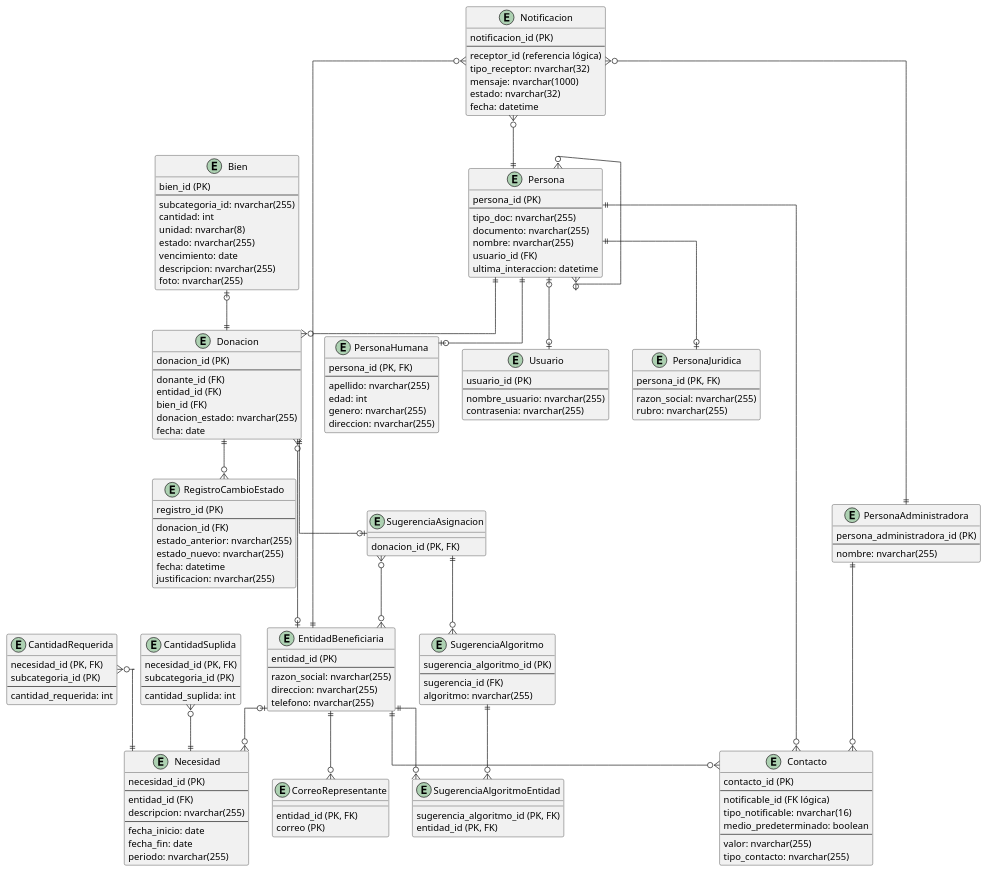
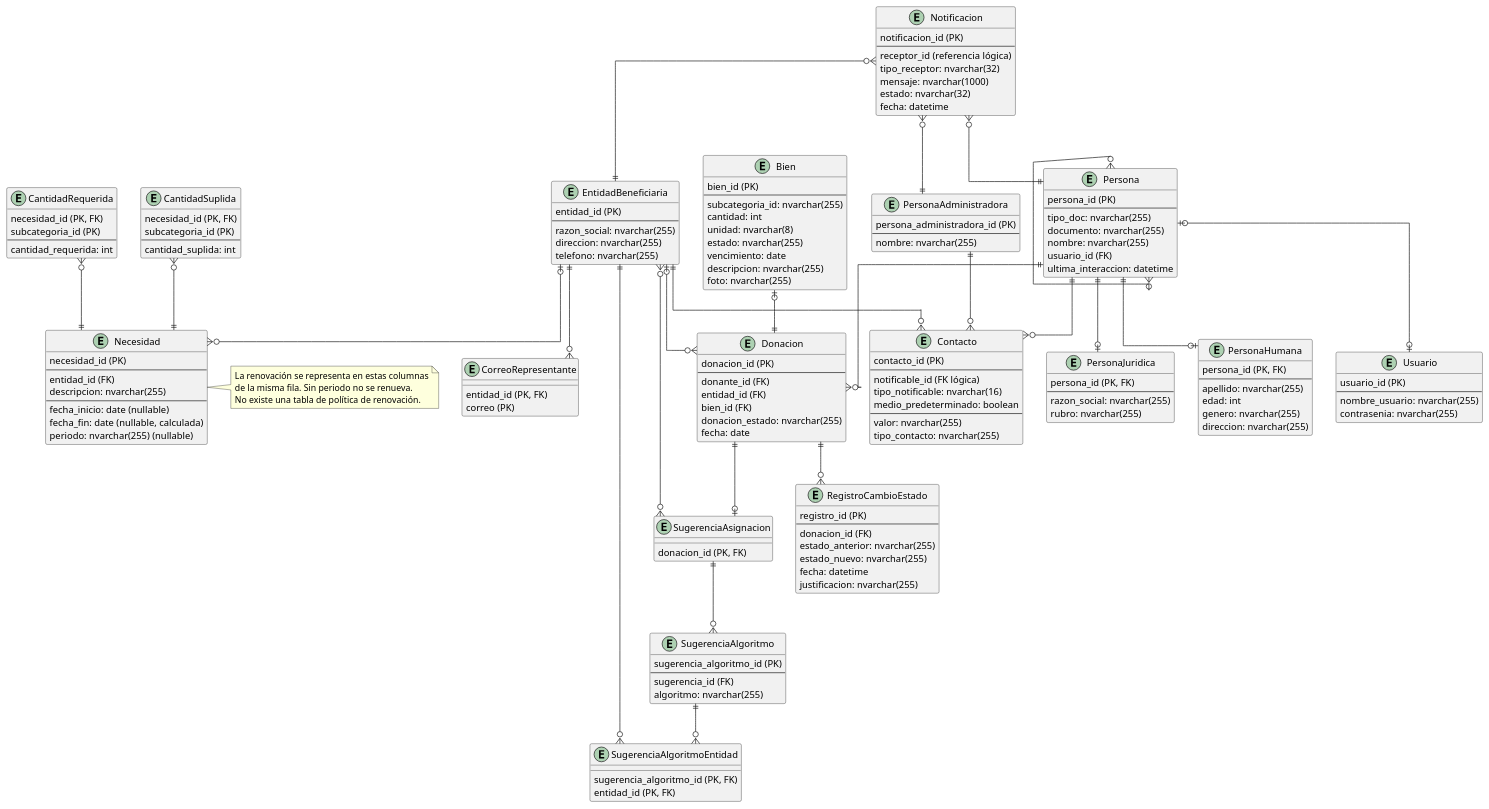
One commit to santiparis/dona-track changed the diagram in documentacion/entrega3/DER_donaciones.puml. Above: the diagram before and after it, drawn with PlantUML. The commit also changed 14 other files, not shown here.

```diff
--- a/documentacion/entrega3/DER_donaciones.puml
+++ b/documentacion/entrega3/DER_donaciones.puml
@@ -1,178 +1,184 @@
 @startuml
 skinparam linetype ortho
 
 entity Bien {
     bien_id (PK)
     ---
     subcategoria_id: nvarchar(255)
     cantidad: int
     unidad: nvarchar(8)
     estado: nvarchar(255)
     vencimiento: date
     descripcion: nvarchar(255)
     foto: nvarchar(255)
 }
 
 entity Necesidad {
     necesidad_id (PK)
     ---
     entidad_id (FK)
     descripcion: nvarchar(255)
     ---
-    fecha_inicio: date
-    fecha_fin: date
-    periodo: nvarchar(255)
+    fecha_inicio: date (nullable)
+    fecha_fin: date (nullable, calculada)
+    periodo: nvarchar(255) (nullable)
 }
+
+note right of Necesidad
+  La renovación se representa en estas columnas
+  de la misma fila. Sin periodo no se renueva.
+  No existe una tabla de política de renovación.
+end note
 
 entity CantidadRequerida {
     necesidad_id (PK, FK)
     subcategoria_id (PK)
     ---
     cantidad_requerida: int
 }
 
 entity CantidadSuplida {
     necesidad_id (PK, FK)
     subcategoria_id (PK)
     ---
     cantidad_suplida: int
 }
 
 entity EntidadBeneficiaria {
     entidad_id (PK)
     ---
     razon_social: nvarchar(255)
     direccion: nvarchar(255)
     telefono: nvarchar(255)
 }
 
 entity Contacto {
     contacto_id (PK)
     ---
     notificable_id (FK lógica)
     tipo_notificable: nvarchar(16)
     medio_predeterminado: boolean
     ---
     valor: nvarchar(255)
     tipo_contacto: nvarchar(255)
 }
 
 entity Notificacion {
     notificacion_id (PK)
     ---
     receptor_id (referencia lógica)
     tipo_receptor: nvarchar(32)
     mensaje: nvarchar(1000)
     estado: nvarchar(32)
     fecha: datetime
 }
 
 entity Donacion {
     donacion_id (PK)
     ---
     donante_id (FK)
     entidad_id (FK)
     bien_id (FK)
     donacion_estado: nvarchar(255)
     fecha: date
 }
 
 entity RegistroCambioEstado {
     registro_id (PK)
     ---
     donacion_id (FK)
     estado_anterior: nvarchar(255)
     estado_nuevo: nvarchar(255)
     fecha: datetime
     justificacion: nvarchar(255)
 }
 
 entity Persona {
     persona_id (PK)
     ---
     tipo_doc: nvarchar(255)
     documento: nvarchar(255)
     nombre: nvarchar(255)
     usuario_id (FK)
     ultima_interaccion: datetime
 }
 
 entity PersonaJuridica {
     persona_id (PK, FK)
     ---
     razon_social: nvarchar(255)
     rubro: nvarchar(255)
 }
 
 entity PersonaHumana {
     persona_id (PK, FK)
     ---
     apellido: nvarchar(255)
     edad: int
     genero: nvarchar(255)
     direccion: nvarchar(255)
 }
 
 entity PersonaAdministradora {
     persona_administradora_id (PK)
     ---
     nombre: nvarchar(255)
 }
 
 entity Usuario {
     usuario_id (PK)
     ---
     nombre_usuario: nvarchar(255)
     contrasenia: nvarchar(255)
 }
 
 entity CorreoRepresentante {
     entidad_id (PK, FK)
     correo (PK)
 }
 
 entity SugerenciaAsignacion {
     donacion_id (PK, FK)
 }
 
 entity SugerenciaAlgoritmo {
     sugerencia_algoritmo_id (PK)
     ---
     sugerencia_id (FK)
     algoritmo: nvarchar(255)
 }
 
 entity SugerenciaAlgoritmoEntidad {
     sugerencia_algoritmo_id (PK, FK)
     entidad_id (PK, FK)
 }
 
 Persona ||--o{ Contacto
 EntidadBeneficiaria ||--o{ Contacto
 PersonaAdministradora ||--o{ Contacto
 Persona |o--o| Usuario
 Notificacion }o--|| Persona
 Notificacion }o--|| EntidadBeneficiaria
 Notificacion }o--|| PersonaAdministradora
 
 Bien |o--|| Donacion
 
 CantidadRequerida }o--|| Necesidad
 
 CantidadSuplida }o--|| Necesidad
 
 EntidadBeneficiaria |o--o{ Necesidad
 EntidadBeneficiaria |o--o{ Donacion
 EntidadBeneficiaria ||--o{ CorreoRepresentante
 Persona ||--o{ Donacion
 
 Donacion ||--o{ RegistroCambioEstado
 Persona }o--o{ Persona
 Donacion ||--o| SugerenciaAsignacion
 SugerenciaAsignacion ||--o{ SugerenciaAlgoritmo
 SugerenciaAlgoritmo ||--o{ SugerenciaAlgoritmoEntidad
 EntidadBeneficiaria ||--o{ SugerenciaAlgoritmoEntidad
 SugerenciaAsignacion }o--o{ EntidadBeneficiaria 
 Persona ||--o| PersonaHumana
 Persona ||--o| PersonaJuridica
 @enduml
```
